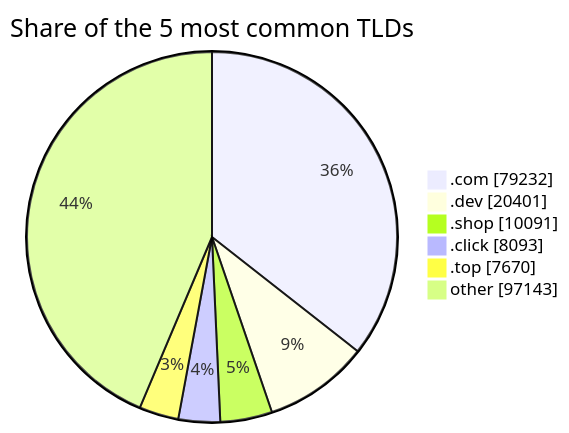
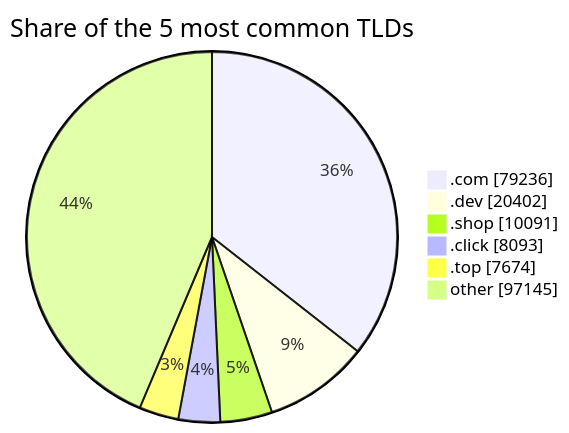
The third of 3 diagrams in README.md (DNSBunker/CTI), drawn with Mermaid before and after one commit. The commit also changed other lines of this file and 3 other files, not shown here.

````diff
--- a/README.md
+++ b/README.md
@@ -81,9 +81,9 @@
 ```mermaid
 pie showData title Share of the 5 most common TLDs
-    ".com" : 79232
-    ".dev" : 20401
+    ".com" : 79236
+    ".dev" : 20402
     ".shop" : 10091
     ".click" : 8093
-    ".top" : 7670
-    "other" : 97143
+    ".top" : 7674
+    "other" : 97145
 ```
````
